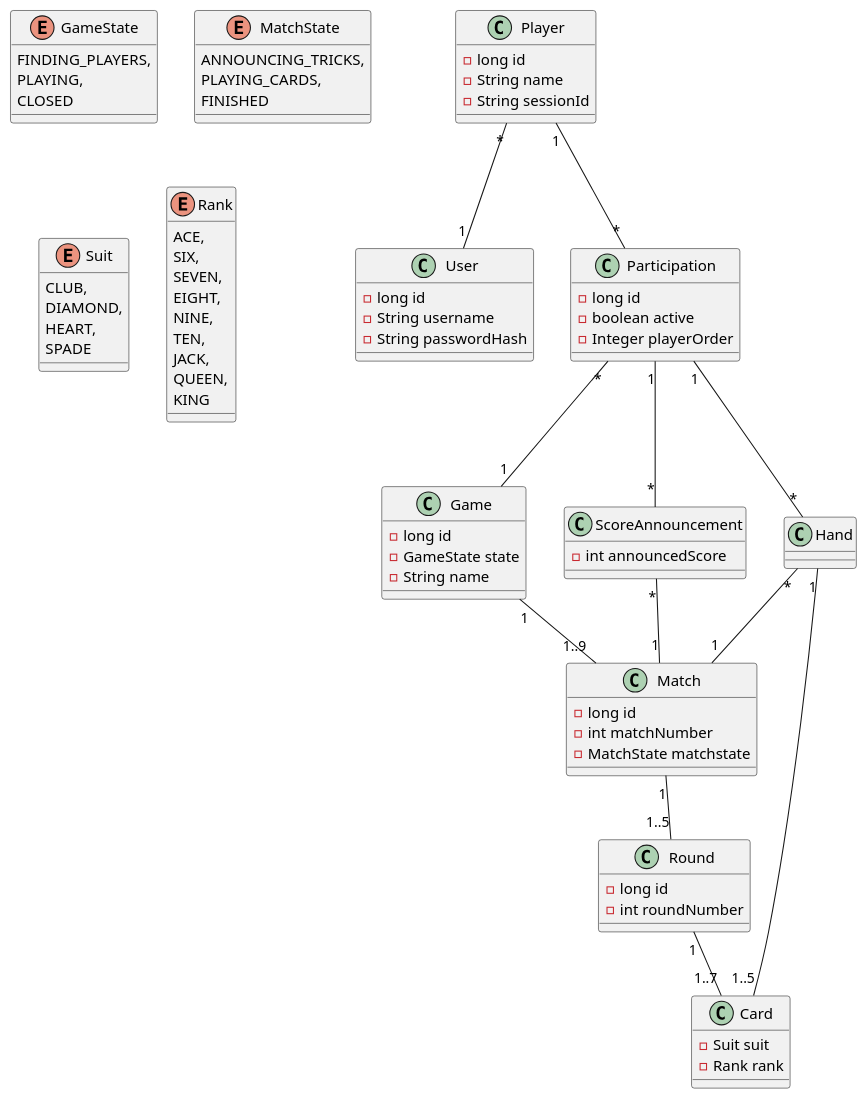
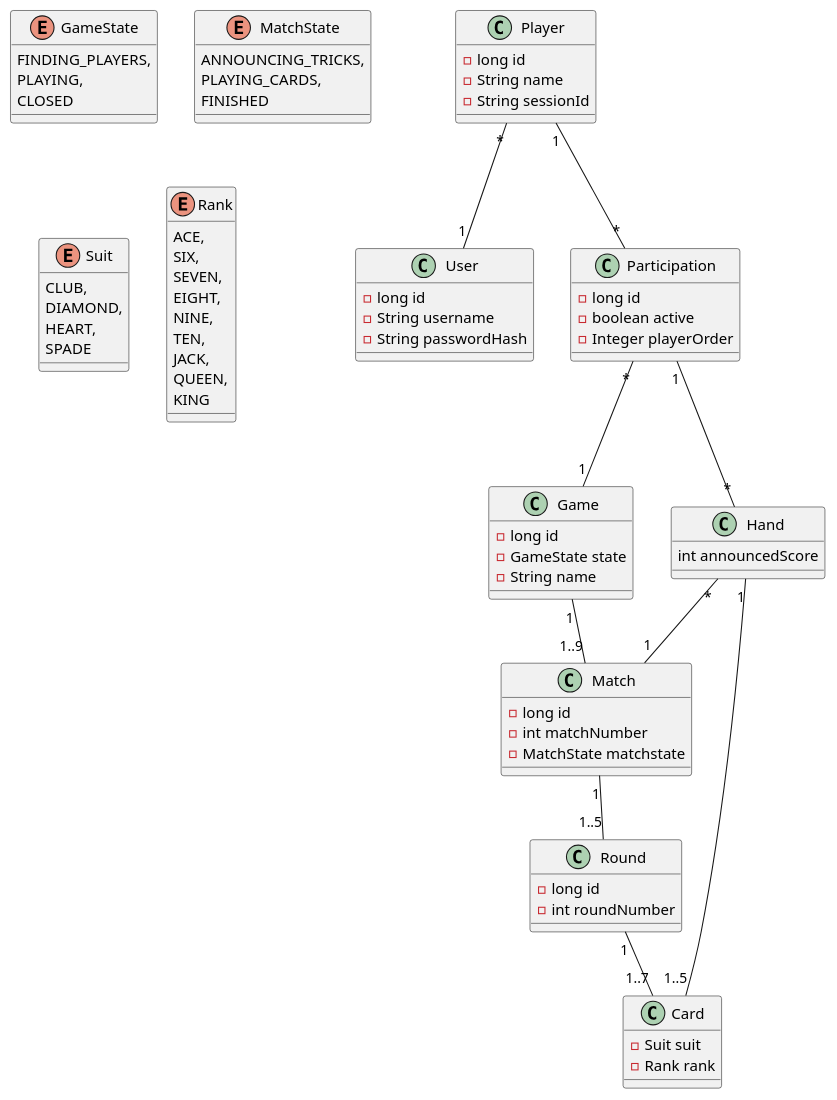
Before and after one commit to sopra-fs22-group-36/screw-your-neighbor-server: the diagram in doc/m2/uml/class_diagram.puml, drawn with PlantUML. The commit also changed 7 other files, not shown here.

First line of the commit message:
hand: add property announcedScore

```diff
--- a/doc/m2/uml/class_diagram.puml
+++ b/doc/m2/uml/class_diagram.puml
@@ -1,100 +1,94 @@
 @startuml
 class Player {
     - long id
     - String name
     - String sessionId
 }
 
 class User {
     - long id
     - String username
     - String passwordHash
 }
 
 enum GameState {
     FINDING_PLAYERS,
     PLAYING,
     CLOSED
 }
 
 class Game {
     - long id
     - GameState state
     - String name
 }
 
 class Participation {
     - long id
     - boolean active
     - Integer playerOrder
 }
 
 class Match {
     - long id
     - int matchNumber
     - MatchState matchstate
 }
 
 enum MatchState {
     ANNOUNCING_TRICKS,
     PLAYING_CARDS,
     FINISHED
 }
 
-class ScoreAnnouncement {
-    - int announcedScore
-}
-
 class Hand {
+    int announcedScore
 }
 
 
 class Round {
     - long id
     - int roundNumber
 }
 
 class Card {
     - Suit suit
     - Rank rank
 }
 
 enum Suit {
     CLUB,
     DIAMOND,
     HEART,
     SPADE
 }
 
 enum Rank {
   ACE,
   SIX,
   SEVEN,
   EIGHT,
   NINE,
   TEN,
   JACK,
   QUEEN,
   KING
 }
 
 Player "*" -- "1" User
 Player "1" -- "*" Participation
 
 Participation "*" -- "1" Game
-Participation "1" -- "*" ScoreAnnouncement
 Participation "1" -- "*" Hand
-
-ScoreAnnouncement "*" -- "1" Match
 
 Hand "*" -- "1" Match
 Hand "1" -- "1..5" Card
 
 Game "1" -- "1..9" Match
 
 Match "1" -- "1..5" Round
 
 Round "1" -- "1..7" Card
 
 
 @enduml
```
